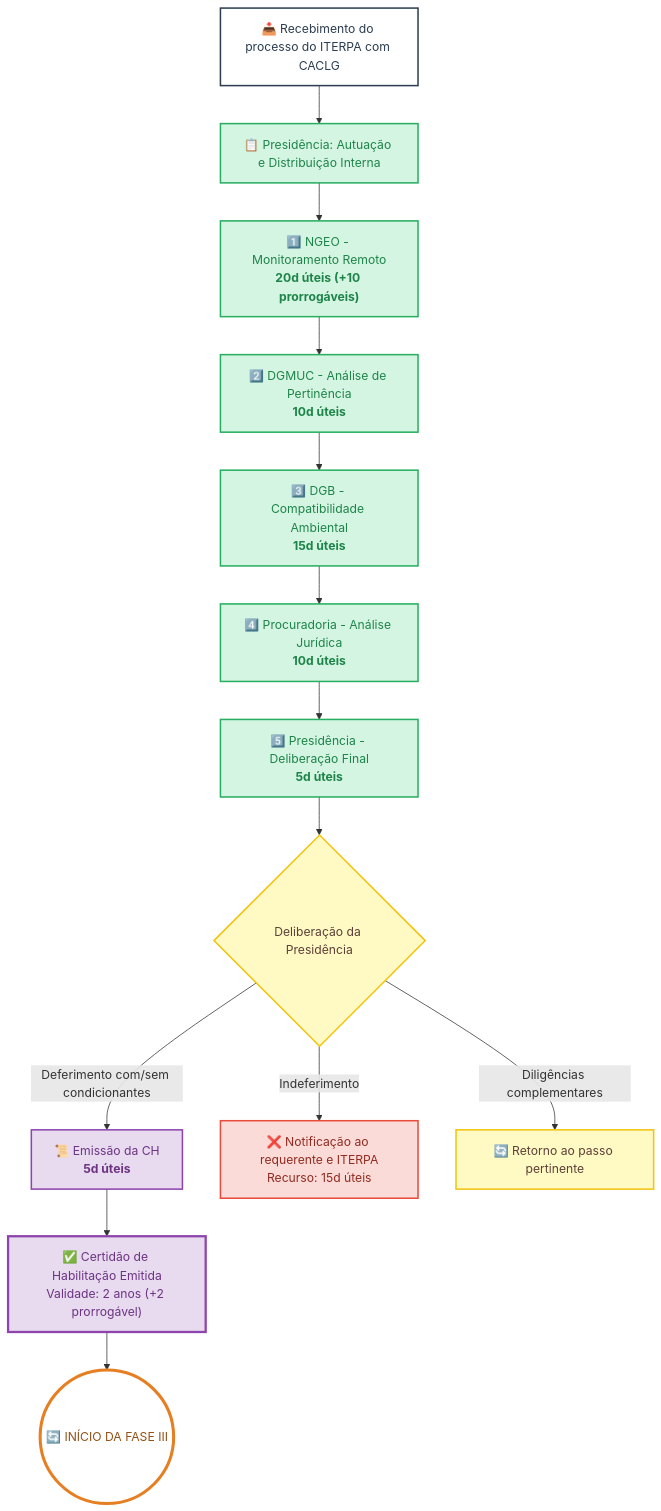
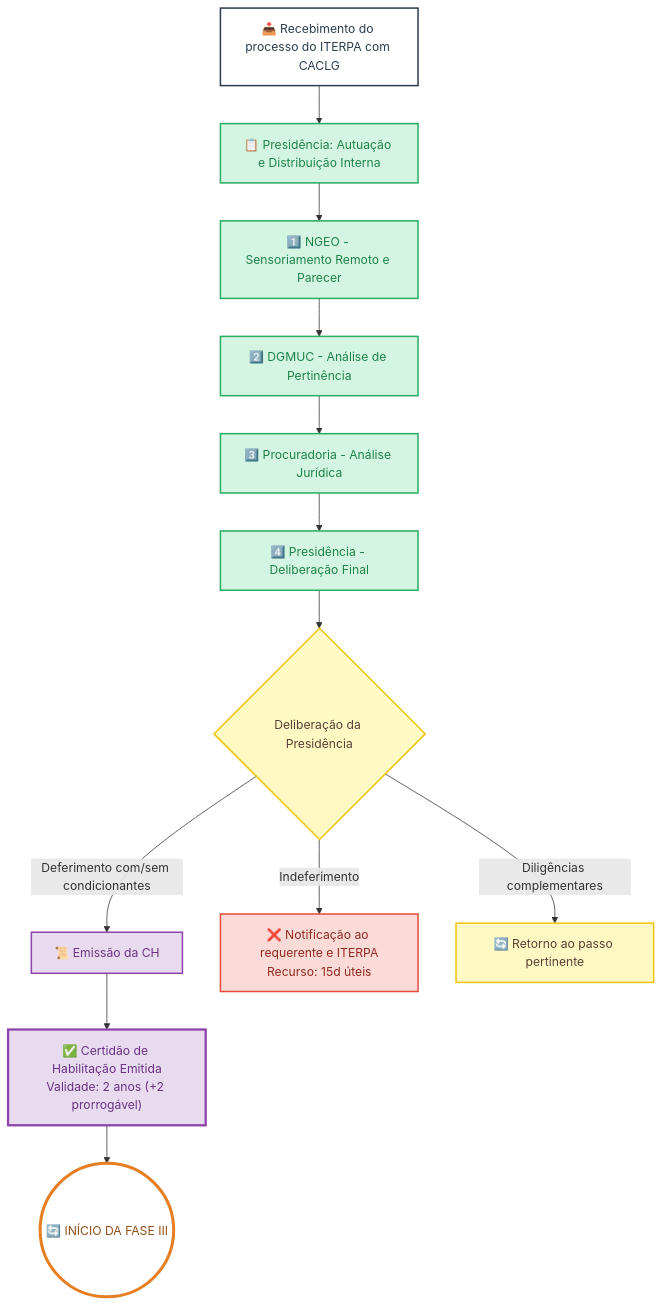
The diagram in docs/03-fluxos/imagens/03-fase-ii-geral.mmd (NGEO-IDEFLOR-Bio/certFundiaria-uces-pa), drawn with Mermaid before and after one commit. The commit also changed 31 other files, not shown here.

Commit message:
docs: atualiza especificacoes de planejamento e diagramas com a IN Conjunta oficial 2026

```diff
--- a/docs/03-fluxos/imagens/03-fase-ii-geral.mmd
+++ b/docs/03-fluxos/imagens/03-fase-ii-geral.mmd
@@ -1,27 +1,26 @@
 flowchart TD
     classDef ideflor fill:#D5F5E3,stroke:#27AE60,stroke-width:2px,color:#1E8449
     classDef documento fill:#E8DAEF,stroke:#8E44AD,stroke-width:2px,color:#6C3483
     classDef decisao fill:#FFF9C4,stroke:#F1C40F,stroke-width:2px,color:#5D4037
     classDef rejeicao fill:#FADBD8,stroke:#E74C3C,stroke-width:2px,color:#922B21
     classDef inicio fill:#FFFFFF,stroke:#2C3E50,stroke-width:2px,color:#2C3E50
 
     REC["📥 Recebimento do processo do ITERPA com CACLG"]:::inicio
     --> AUT["📋 Presidência: Autuação e Distribuição Interna"]:::ideflor
 
-    AUT --> S1["1️⃣ NGEO - Monitoramento Remoto<br/><b>20d úteis (+10 prorrogáveis)</b>"]:::ideflor
-    S1 --> S2["2️⃣ DGMUC - Análise de Pertinência<br/><b>10d úteis</b>"]:::ideflor
-    S2 --> S3["3️⃣ DGB - Compatibilidade Ambiental<br/><b>15d úteis</b>"]:::ideflor
-    S3 --> S4["4️⃣ Procuradoria - Análise Jurídica<br/><b>10d úteis</b>"]:::ideflor
-    S4 --> S5["5️⃣ Presidência - Deliberação Final<br/><b>5d úteis</b>"]:::ideflor
+    AUT --> S1["1️⃣ NGEO - Sensoriamento Remoto e Parecer"]:::ideflor
+    S1 --> S2["2️⃣ DGMUC - Análise de Pertinência"]:::ideflor
+    S2 --> S3["3️⃣ Procuradoria - Análise Jurídica"]:::ideflor
+    S3 --> S4["4️⃣ Presidência - Deliberação Final"]:::ideflor
 
-    S5 --> DELIB{"Deliberação da Presidência"}:::decisao
+    S4 --> DELIB{"Deliberação da Presidência"}:::decisao
 
-    DELIB --> |Deferimento com/sem condicionantes| EMITCH["📜 Emissão da CH<br/><b>5d úteis</b>"]:::documento
+    DELIB --> |Deferimento com/sem condicionantes| EMITCH["📜 Emissão da CH"]:::documento
     DELIB --> |Indeferimento| INDEF["❌ Notificação ao requerente e ITERPA<br/>Recurso: 15d úteis"]:::rejeicao
     DELIB --> |Diligências complementares| DILIG["🔄 Retorno ao passo pertinente"]:::decisao
 
     EMITCH --> CHOK["✅ Certidão de Habilitação Emitida<br/>Validade: 2 anos (+2 prorrogável)"]:::documento
     CHOK --> F3(("🔄 INÍCIO DA FASE III")):::inicio
 
     style F3 stroke:#E67E22,stroke-width:4px,color:#935116
     style CHOK stroke-width:3px
```
